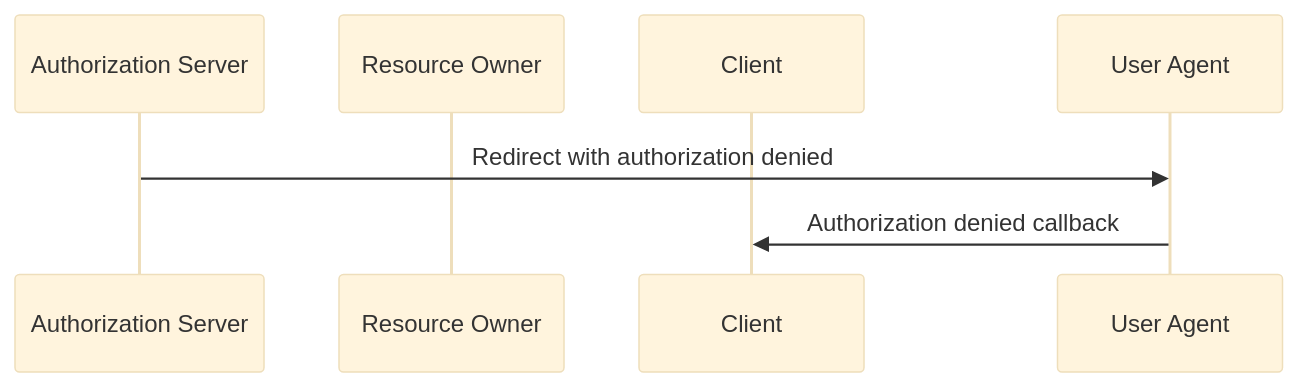
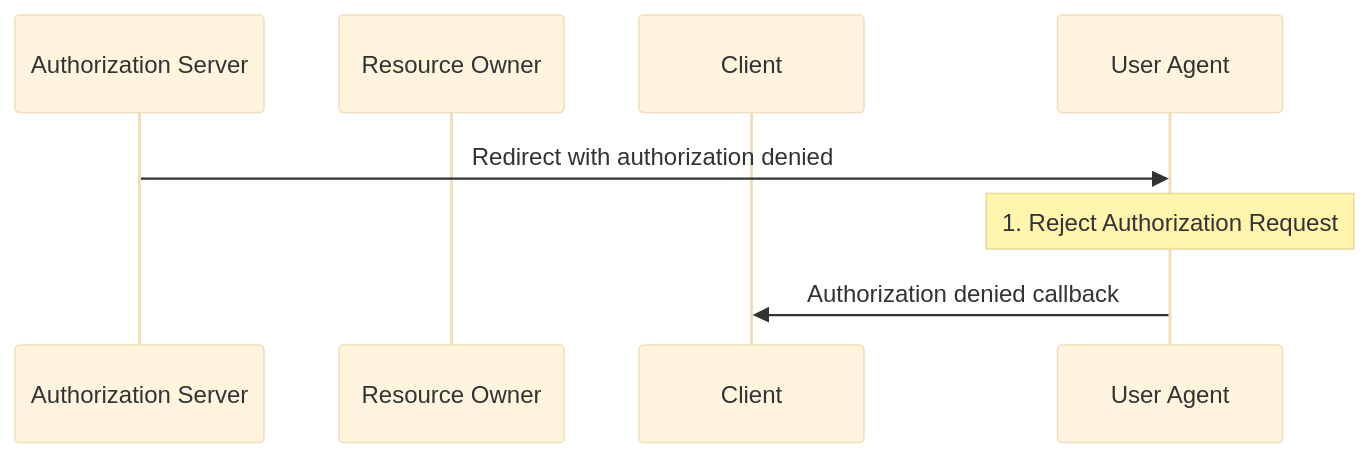
The diagram in examples/oauth-authorization-code/generated/mermaid/workflow-sequence-authorization_server-deny_authorization.mmd (BehavioML/specifications), drawn with Mermaid (base theme) before and after one commit. The commit also changed 9 other files, not shown here.

Commit message:
Regenerate Mermaid diagrams with expanded uses (#19)

```diff
--- a/examples/oauth-authorization-code/generated/mermaid/workflow-sequence-authorization_server-deny_authorization.mmd
+++ b/examples/oauth-authorization-code/generated/mermaid/workflow-sequence-authorization_server-deny_authorization.mmd
@@ -1,8 +1,9 @@
 sequenceDiagram
   participant authorization_server as Authorization Server
   participant resource_owner as Resource Owner
   participant client as Client
   participant user_agent as User Agent
 
   authorization_server->>user_agent: Redirect with authorization denied
+  Note over user_agent: 1. Reject Authorization Request
   user_agent->>client: Authorization denied callback
```
